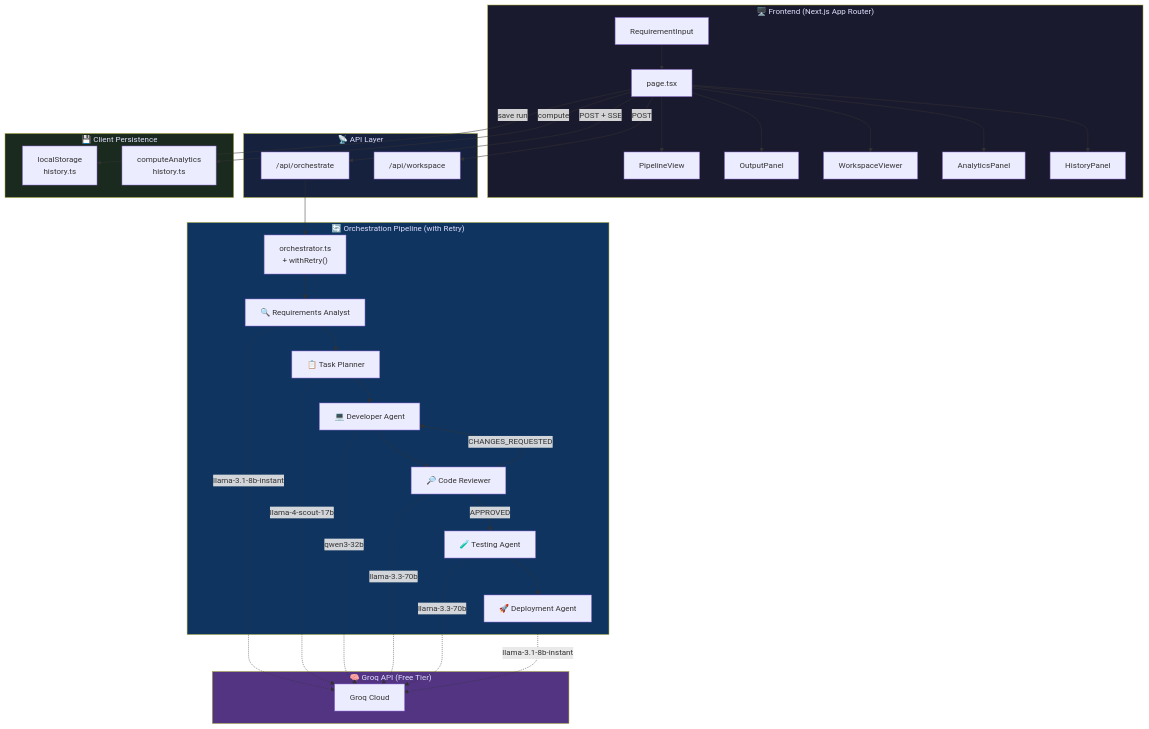
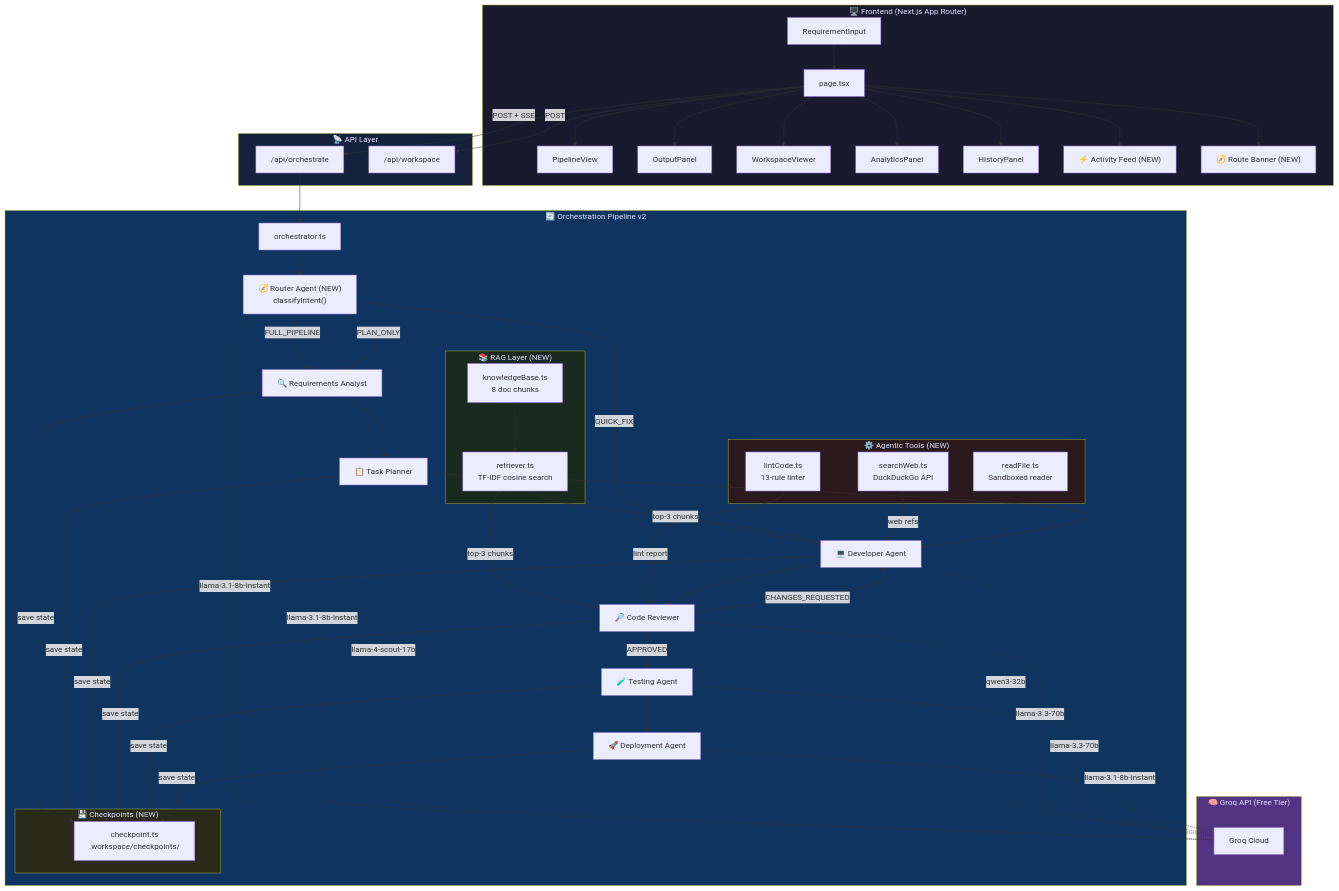
One commit to ParthivPandya/multi-agent-orchestrator changed the diagram in README.md. Above: the diagram before and after it, drawn with Mermaid. The commit also changed other lines of this file and 20 other files, not shown here.

````diff
--- a/README.md
+++ b/README.md
@@ -191,47 +183,71 @@
 ```mermaid
 flowchart TB
     subgraph Frontend["🖥️ Frontend (Next.js App Router)"]
         UI[RequirementInput] --> Page[page.tsx]
         Page --> PV[PipelineView]
         Page --> OP[OutputPanel]
         Page --> WV[WorkspaceViewer]
         Page --> AP[AnalyticsPanel]
         Page --> HP[HistoryPanel]
+        Page --> AF["⚡ Activity Feed (NEW)"]
+        Page --> RB["🧭 Route Banner (NEW)"]
     end
 
     subgraph API["📡 API Layer"]
         Page -->|POST + SSE| Orch["/api/orchestrate"]
         Page -->|POST| Save["/api/workspace"]
     end
 
-    subgraph Pipeline["🔄 Orchestration Pipeline (with Retry)"]
-        Orch --> O["orchestrator.ts\n+ withRetry()"]
-        O --> A1["🔍 Requirements Analyst"]
-        A1 --> A2["📋 Task Planner"]
+    subgraph Pipeline["🔄 Orchestration Pipeline v2"]
+        Orch --> O["orchestrator.ts"]
+
+        O --> R0["🧭 Router Agent (NEW)\nclassifyIntent()"]
+        R0 -->|FULL_PIPELINE| A1
+        R0 -->|QUICK_FIX| A3
+        R0 -->|PLAN_ONLY| A1
+
+        subgraph RAG["📚 RAG Layer (NEW)"]
+            KB["knowledgeBase.ts\n8 doc chunks"] --> Ret["retriever.ts\nTF-IDF cosine search"]
+        end
+        Ret -->|top-3 chunks| A3
+        Ret -->|top-3 chunks| A4
+
+        A1["🔍 Requirements Analyst"] --> A2["📋 Task Planner"]
+
+        subgraph Tools["⚙️ Agentic Tools (NEW)"]
+            SW["searchWeb.ts\nDuckDuckGo API"]
+            LC["lintCode.ts\n13-rule linter"]
+            RF["readFile.ts\nSandboxed reader"]
+        end
+        SW -->|web refs| A3
+        LC -->|lint report| A4
         A2 --> A3["💻 Developer Agent"]
         A3 --> A4["🔎 Code Reviewer"]
         A4 -->|CHANGES_REQUESTED| A3
         A4 -->|APPROVED| A5["🧪 Testing Agent"]
         A5 --> A6["🚀 Deployment Agent"]
+
+        subgraph Checkpoint["💾 Checkpoints (NEW)"]
+            CP["checkpoint.ts\n.workspace/checkpoints/"]
+        end
+        A1 & A2 & A3 & A4 & A5 & A6 -->|save state| CP
     end
 
     subgraph LLM["🧠 Groq API (Free Tier)"]
-        A1 -.->|llama-3.1-8b-instant| G[Groq Cloud]
-        A2 -.->|llama-4-scout-17b| G
-        A3 -.->|qwen3-32b| G
-        A4 -.->|llama-3.3-70b| G
-        A5 -.->|llama-3.3-70b| G
-        A6 -.->|llama-3.1-8b-instant| G
-    end
-
-    subgraph Persist["💾 Client Persistence"]
-        Page -->|save run| LS[localStorage\nhistory.ts]
-        Page -->|compute| Analytics[computeAnalytics\nhistory.ts]
+        R0 -.-|llama-3.1-8b-instant| G[Groq Cloud]
+        A1 -.-|llama-3.1-8b-instant| G
+        A2 -.-|llama-4-scout-17b| G
+        A3 -.-|qwen3-32b| G
+        A4 -.-|llama-3.3-70b| G
+        A5 -.-|llama-3.3-70b| G
+        A6 -.-|llama-3.1-8b-instant| G
     end
 
     style Frontend fill:#1a1a2e,color:#e0e0ff
     style API fill:#16213e,color:#e0e0ff
     style Pipeline fill:#0f3460,color:#e0e0ff
     style LLM fill:#533483,color:#e0e0ff
-    style Persist fill:#1a2a1e,color:#e0e0ff
+    style RAG fill:#1a2a1e,color:#e0e0ff
+    style Tools fill:#2a1a1e,color:#e0e0ff
+    style Checkpoint fill:#2a2a1a,color:#e0e0ff
 ```
````
